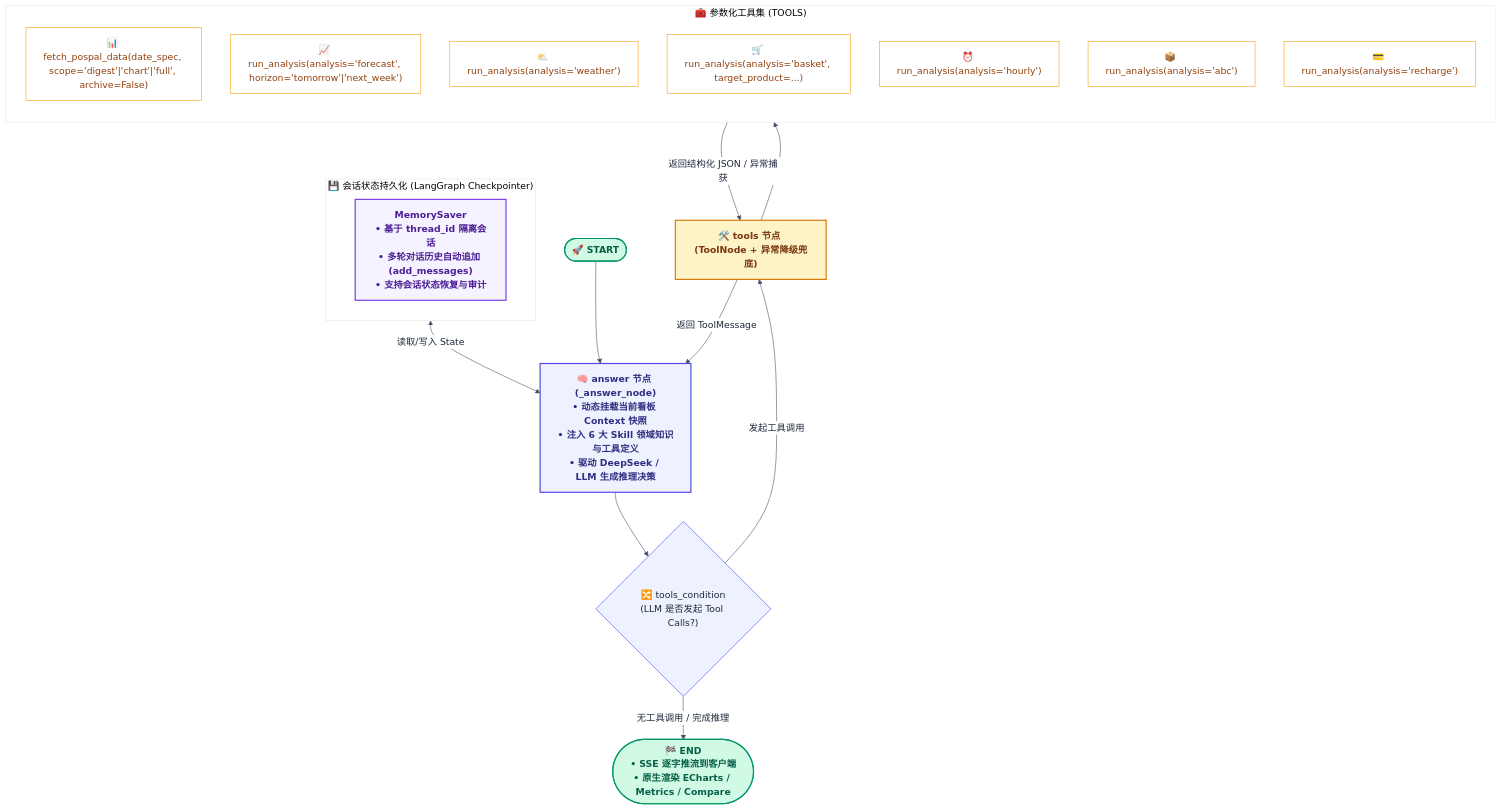
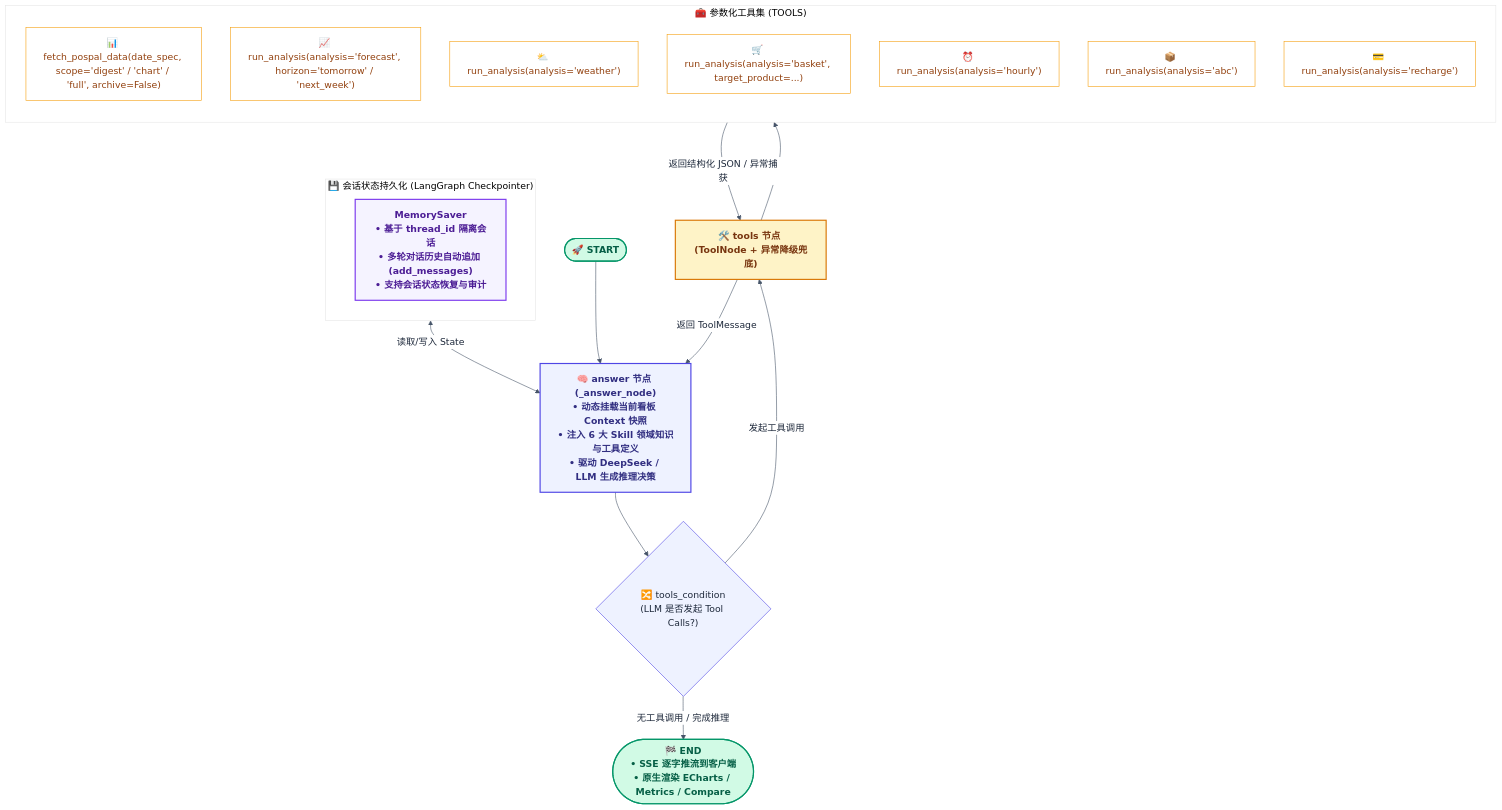
One commit to Kevoyuan/AI-BI changed the second of 2 diagrams in README_zh.md. Above: the diagram before and after it, drawn with Mermaid. The commit also changed other lines of this file and 1 other file, not shown here.

Commit message:
fix(docs): quote Mermaid edge labels and sanitize pipes in node labels for GitHub compatibility

````diff
--- a/README_zh.md
+++ b/README_zh.md
@@ -97,38 +97,38 @@
 ```mermaid
 %%{init: {'theme': 'base', 'themeVariables': { 'background': '#ffffff', 'primaryColor': '#EEF2FF', 'primaryTextColor': '#1E293B', 'primaryBorderColor': '#4F46E5', 'lineColor': '#475569', 'secondaryColor': '#FFFBEB', 'tertiaryColor': '#FFFFFF', 'edgeLabelBackground':'#ffffff' }}}%%
 flowchart TD
     classDef startEnd fill:#D1FAE5,stroke:#059669,stroke-width:2px,color:#065F46,font-weight:bold;
     classDef nodeBox fill:#EEF2FF,stroke:#4F46E5,stroke-width:2px,color:#312E81,font-weight:bold;
     classDef toolBox fill:#FEF3C7,stroke:#D97706,stroke-width:2px,color:#78350F,font-weight:bold;
     classDef memoryBox fill:#F5F3FF,stroke:#7C3AED,stroke-width:2px,color:#4C1D95,font-weight:bold;
     classDef toolItem fill:#FFFFFF,stroke:#F59E0B,stroke-width:1px,color:#92400E;
 
     subgraph MemoryLayer [" 💾 会话状态持久化 (LangGraph Checkpointer) "]
         CK["MemorySaver<br/>• 基于 thread_id 隔离会话<br/>• 多轮对话历史自动追加 (add_messages)<br/>• 支持会话状态恢复与审计"]:::memoryBox
     end
 
     START(["🚀 START"]):::startEnd --> answerNode["🧠 answer 节点 (_answer_node)<br/>• 动态挂载当前看板 Context 快照<br/>• 注入 6 大 Skill 领域知识与工具定义<br/>• 驱动 DeepSeek / LLM 生成推理决策"]:::nodeBox
 
     MemoryLayer <-->|读取/写入 State| answerNode
 
     answerNode --> checkTools{"🔀 tools_condition<br/>(LLM 是否发起 Tool Calls?)"}
 
     checkTools -- "发起工具调用" --> toolsNode["🛠️ tools 节点 (ToolNode + 异常降级兜底)"]:::toolBox
 
     subgraph ToolsRegistry [" 🧰 参数化工具集 (TOOLS) "]
         direction TB
-        T1["📊 fetch_pospal_data(date_spec, scope='digest'|'chart'|'full', archive=False)"]:::toolItem
-        T2["📈 run_analysis(analysis='forecast', horizon='tomorrow'|'next_week')"]:::toolItem
+        T1["📊 fetch_pospal_data(date_spec, scope='digest' / 'chart' / 'full', archive=False)"]:::toolItem
+        T2["📈 run_analysis(analysis='forecast', horizon='tomorrow' / 'next_week')"]:::toolItem
         T3["⛅ run_analysis(analysis='weather')"]:::toolItem
         T4["🛒 run_analysis(analysis='basket', target_product=...)"]:::toolItem
         T5["⏰ run_analysis(analysis='hourly')"]:::toolItem
         T6["📦 run_analysis(analysis='abc')"]:::toolItem
         T7["💳 run_analysis(analysis='recharge')"]:::toolItem
     end
 
     toolsNode --> ToolsRegistry
     ToolsRegistry -- "返回结构化 JSON / 异常捕获" --> toolsNode
     toolsNode -- "返回 ToolMessage" --> answerNode
 
     checkTools -- "无工具调用 / 完成推理" --> END(["🏁 END<br/>• SSE 逐字推流到客户端<br/>• 原生渲染 ECharts / Metrics / Compare"]):::startEnd
 ```
````
